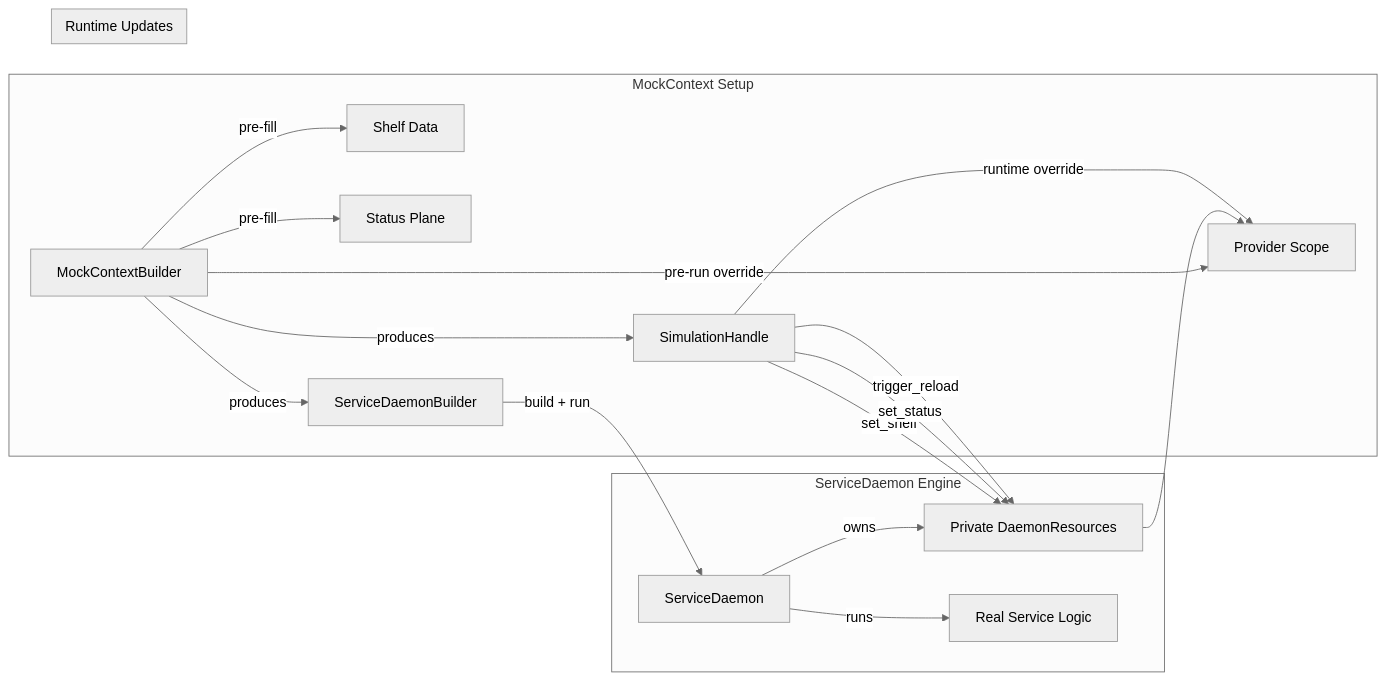
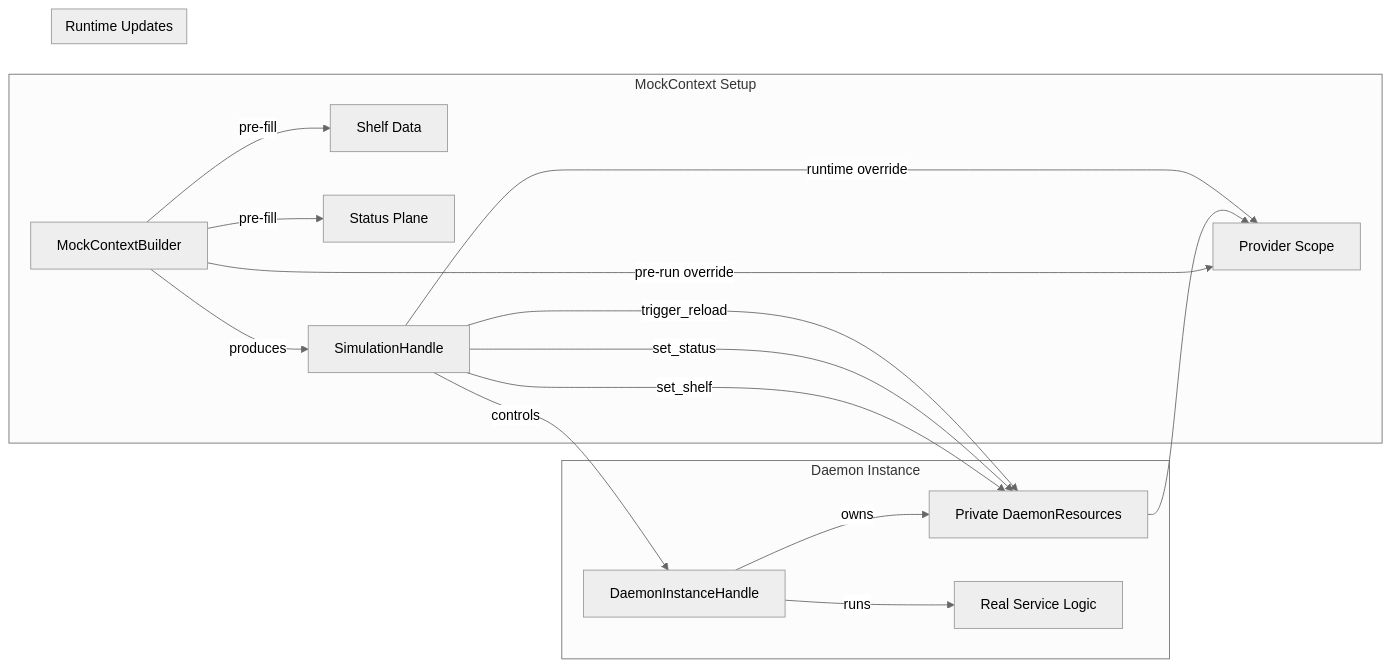
Before and after one commit to loft-games/service-daemon-rs: the second of 2 diagrams in docs/architecture/internal-overview.md, drawn with Mermaid (neutral theme). The commit also changed other lines of this file and 378 other files, not shown here.

````diff
--- a/docs/architecture/internal-overview.md
+++ b/docs/architecture/internal-overview.md
@@ -201,24 +279,23 @@
 ```mermaid
 graph LR
     subgraph MockContext_Setup ["MockContext Setup"]
         MC["MockContextBuilder"] -->|pre-fill| Shelf["Shelf Data"]
         MC -->|pre-fill| Status["Status Plane"]
         MC -->|pre-run override| ProviderScope["Provider Scope"]
-        MC -->|produces| Builder["ServiceDaemonBuilder"]
         MC -->|produces| Handle["SimulationHandle"]
     end
 
-    subgraph Daemon_Execution ["ServiceDaemon Engine"]
-        Builder -->|build + run| SD["ServiceDaemon"]
-        SD -->|owns| Resources["Private DaemonResources"]
+    subgraph Daemon_Execution ["Daemon Instance"]
+        Handle -->|controls| DIH["DaemonInstanceHandle"]
+        DIH -->|owns| Resources["Private DaemonResources"]
         Resources --> ProviderScope
-        SD -->|runs| RealSvc["Real Service Logic"]
+        DIH -->|runs| RealSvc["Real Service Logic"]
     end
 
     subgraph Runtime_Updates ["Runtime Updates"]
         Handle -->|set_shelf| Resources
         Handle -->|set_status| Resources
         Handle -->|trigger_reload| Resources
         Handle -->|runtime override| ProviderScope
     end
 ```
````
